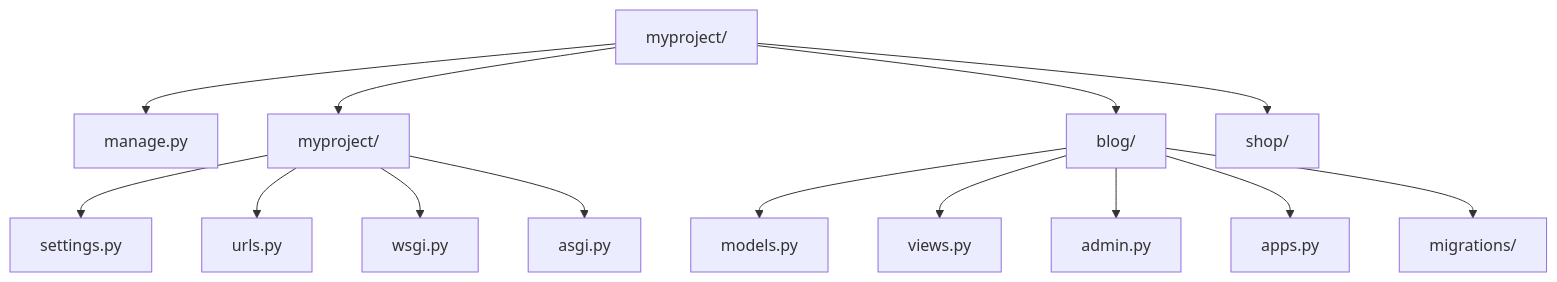
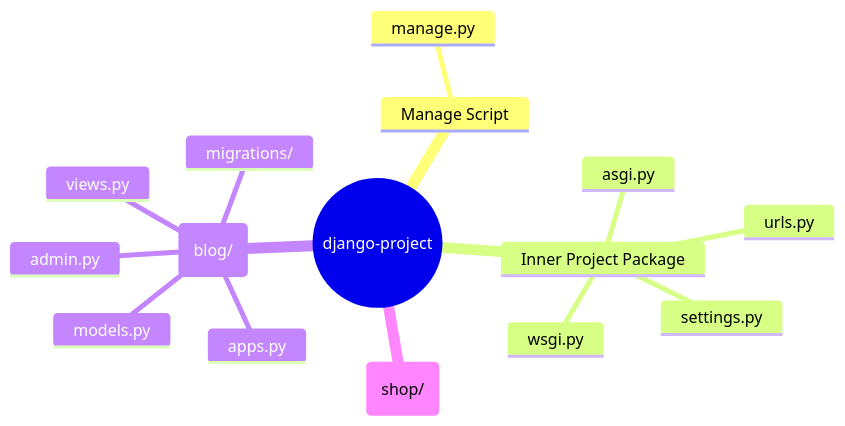
Before and after one commit to Vtheonly/Obsidian_Notes: the second of 2 diagrams in SWE/Backend/04 - Backend Engineering/03. Backend Frameworks/3.3. Django/3.3.1. Django Overview and MVT Pattern.md, drawn with Mermaid. The commit also changed other lines of this file and 2650 other files, not shown here.

````diff
--- a/SWE/Backend/04 - Backend Engineering/03. Backend Frameworks/3.3. Django/3.3.1. Django Overview and MVT Pattern.md
+++ b/SWE/Backend/04 - Backend Engineering/03. Backend Frameworks/3.3. Django/3.3.1. Django Overview and MVT Pattern.md
@@ -64,16 +74,18 @@
 ```mermaid
-graph TD
-    Project[myproject/] --> Manage[manage.py]
-    Project --> Inner[myproject/]
-    Inner --> Settings[settings.py]
-    Inner --> Urls[urls.py]
-    Inner --> Wsgi[wsgi.py]
-    Inner --> Asgi[asgi.py]
-    Project --> App1[blog/]
-    App1 --> Models[models.py]
-    App1 --> Views[views.py]
-    App1 --> Admin[admin.py]
-    App1 --> Apps[apps.py]
-    App1 --> Migrations[migrations/]
-    Project --> App2[shop/]
+mindmap
+  root((django-project))
+    Manage Script
+      manage.py
+    Inner Project Package
+      settings.py
+      urls.py
+      wsgi.py
+      asgi.py
+    Blog Application (blog/)
+      models.py
+      views.py
+      admin.py
+      apps.py
+      migrations/
+    Shop Application (shop/)
 ```
````
